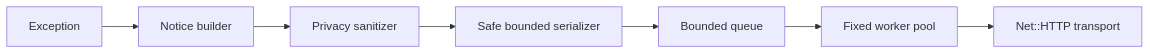
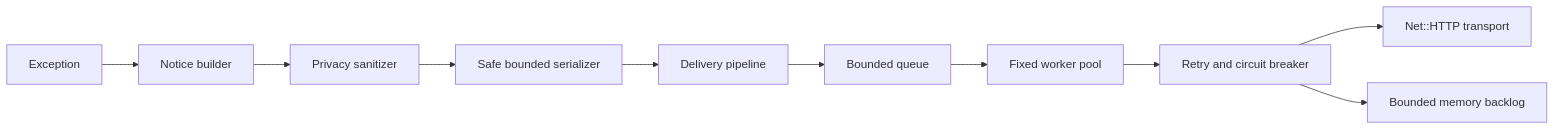
The diagram in README.md (antoniojefferson/chronos-ruby), drawn with Mermaid before and after one commit. The commit also changed other lines of this file and 50 other files, not shown here.

First line of the commit message:
feat: delivery pipeline (#6)

````diff
--- a/README.md
+++ b/README.md
@@ -154,9 +154,12 @@
 ```mermaid
 flowchart LR
   E[Exception] --> N[Notice builder]
   N --> P[Privacy sanitizer]
   P --> S[Safe bounded serializer]
-  S --> Q[Bounded queue]
+  S --> D[Delivery pipeline]
+  D --> Q[Bounded queue]
   Q --> W[Fixed worker pool]
-  W --> H[Net::HTTP transport]
+  W --> R[Retry and circuit breaker]
+  R --> H[Net::HTTP transport]
+  R --> B[Bounded memory backlog]
 ```
````
